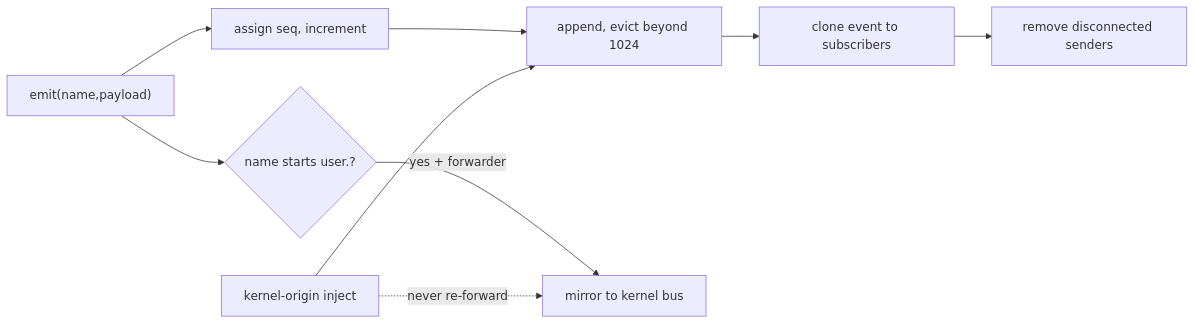
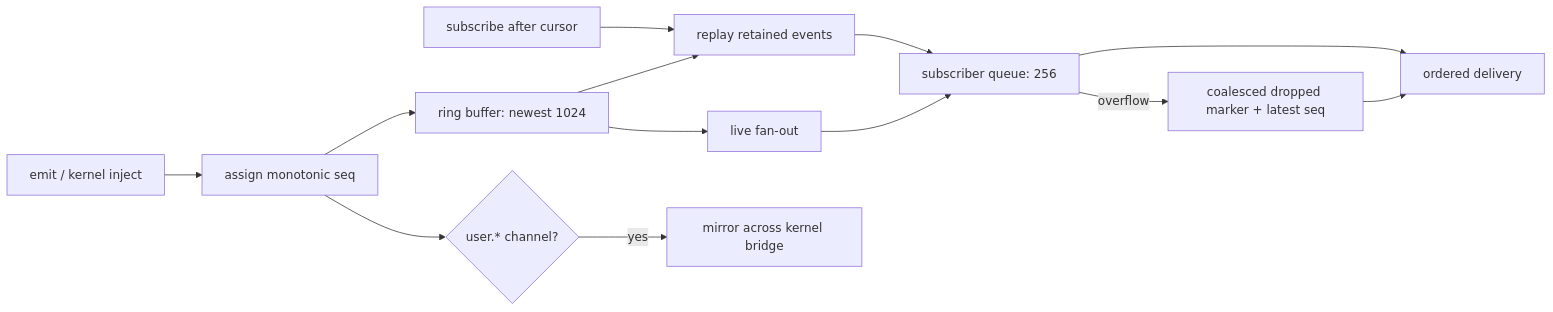
One commit to alliecatowo/shoal changed the fifth of 5 diagrams in site/content/internals/streams-channels.md. Above: the diagram before and after it, drawn with Mermaid. The commit also changed other lines of this file and 70 other files, not shown here.

Commit message:
docs: refine manual and architecture visuals

````diff
--- a/site/content/internals/streams-channels.md
+++ b/site/content/internals/streams-channels.md
@@ -325,11 +304,17 @@
 ```mermaid
 flowchart LR
-  Emit["emit(name,payload)"] --> Seq["assign seq, increment"]
-  Seq --> Ring["append, evict beyond 1024"]
-  Ring --> Subs["clone event to subscribers"]
-  Subs --> Prune["remove disconnected senders"]
-  Emit --> User{"name starts user.?"}
-  User -->|yes + forwarder| Kernel["mirror to kernel bus"]
-  Inject["kernel-origin inject"] --> Ring
-  Inject -. "never re-forward" .-> Kernel
+accTitle: EventBus buffering, replay, and delivery
+accDescr: Published events receive sequence numbers, enter a bounded replay ring, and fan out through bounded subscriber queues that report drops and support cursor-based replay.
+  Emit["emit / kernel inject"] --> Seq["assign monotonic seq"]
+  Seq --> Ring["ring buffer: newest 1024"]
+  Cursor["subscribe after cursor"] --> Replay["replay retained events"]
+  Ring --> Replay
+  Ring --> Fanout["live fan-out"]
+  Replay --> Queue["subscriber queue: 256"]
+  Fanout --> Queue
+  Queue --> Delivery["ordered delivery"]
+  Queue -->|overflow| Drop["coalesced dropped marker + latest seq"]
+  Drop --> Delivery
+  Seq --> User{"user.* channel?"}
+  User -->|yes| Kernel["mirror across kernel bridge"]
 ```
````
